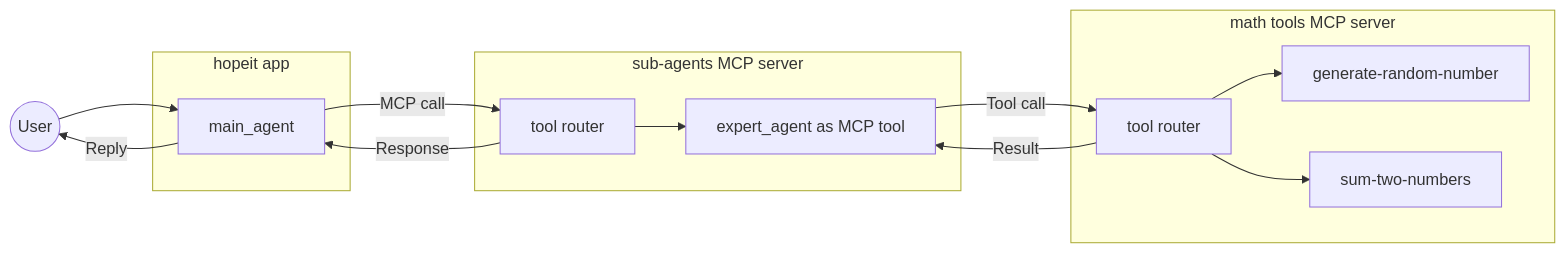
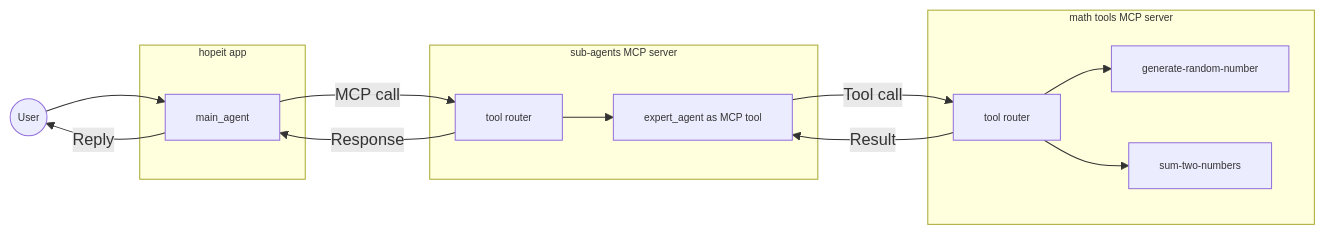
Before and after one commit to hopeit-git/hopeit.agents: the second of 2 diagrams in README.md, drawn with Mermaid. The commit also changed other lines of this file, not shown here.

Commit message:
Diagram format

````diff
--- a/README.md
+++ b/README.md
@@ -61,28 +64,31 @@
 ```mermaid
 flowchart LR
     user((User)) --> mainAgent
 
     subgraph HopeitApp["hopeit app"]
         mainAgent["main_agent"]
     end
 
     mainAgent -->|MCP call| subServerEntry
 
     subgraph SubAgentsServer["sub-agents MCP server"]
         subServerEntry["tool router"]
         expert["expert_agent as MCP tool"]
         subServerEntry --> expert
     end
 
     expert -->|Tool call| tools
     subServerEntry -->|Response| mainAgent
     mainAgent -->|Reply| user
 
     subgraph ToolsServer["math tools MCP server"]
         tools["tool router"]
         tools --> randomTool["generate-random-number"]
         tools --> sumTool["sum-two-numbers"]
     end
 
     tools -->|Result| expert
+
+    classDef small font-size:10px;
+    class user,mainAgent,HopeitApp,SubAgentsServer,ToolsServer,subServerEntry,expert,tools,randomTool,sumTool small;
 ```
````
